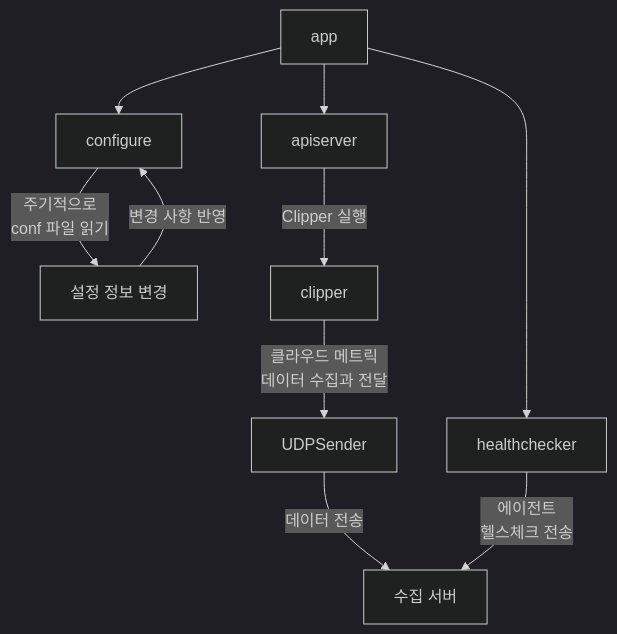
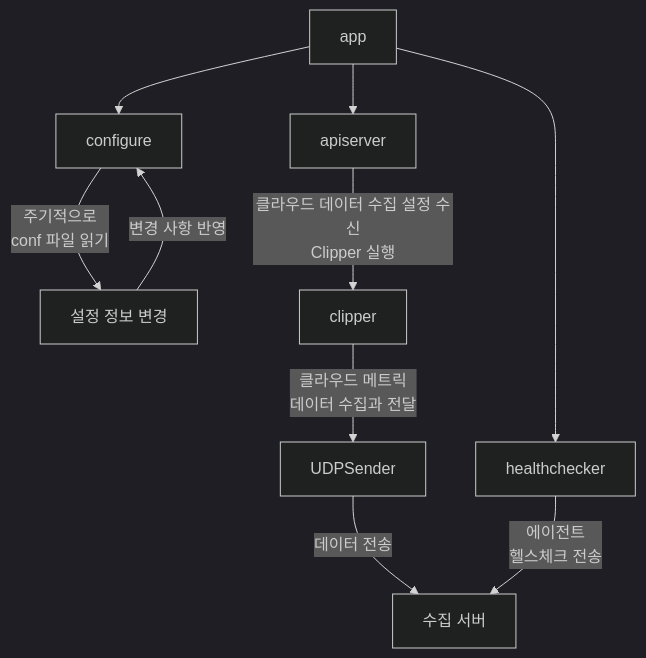
One commit to NodleKang/nodlekang.github.io changed the diagram in _posts/golang/2025-01-03-cloud-agent.md. Above: the diagram before and after it, drawn with Mermaid (dark theme).

```diff
--- a/_posts/golang/2025-01-03-cloud-agent.md
+++ b/_posts/golang/2025-01-03-cloud-agent.md
@@ -19,15 +19,15 @@
 <pre class="mermaid">
 flowchart TD
     App[app] --> Config[configure]
     App --> APIserver[apiserver]
     App --> HealthCheck[healthchecker]
 
     Config -->|주기적으로 <br> conf 파일 읽기| Config1[설정 정보 변경]
     Config1 -->|변경 사항 반영| Config
 
-    APIserver -->|Clipper 실행| Clipper[clipper]
+    APIserver -->|클라우드 데이터 수집 설정 수신<br>Clipper 실행| Clipper[clipper]
     Clipper -->|클라우드 메트릭 <br> 데이터 수집과 전달| UDPSender
     UDPSender -->|데이터 전송| CollectServer[수집 서버]
 
     HealthCheck -->|에이전트 <br> 헬스체크 전송| CollectServer[수집 서버]
 </pre>
```
